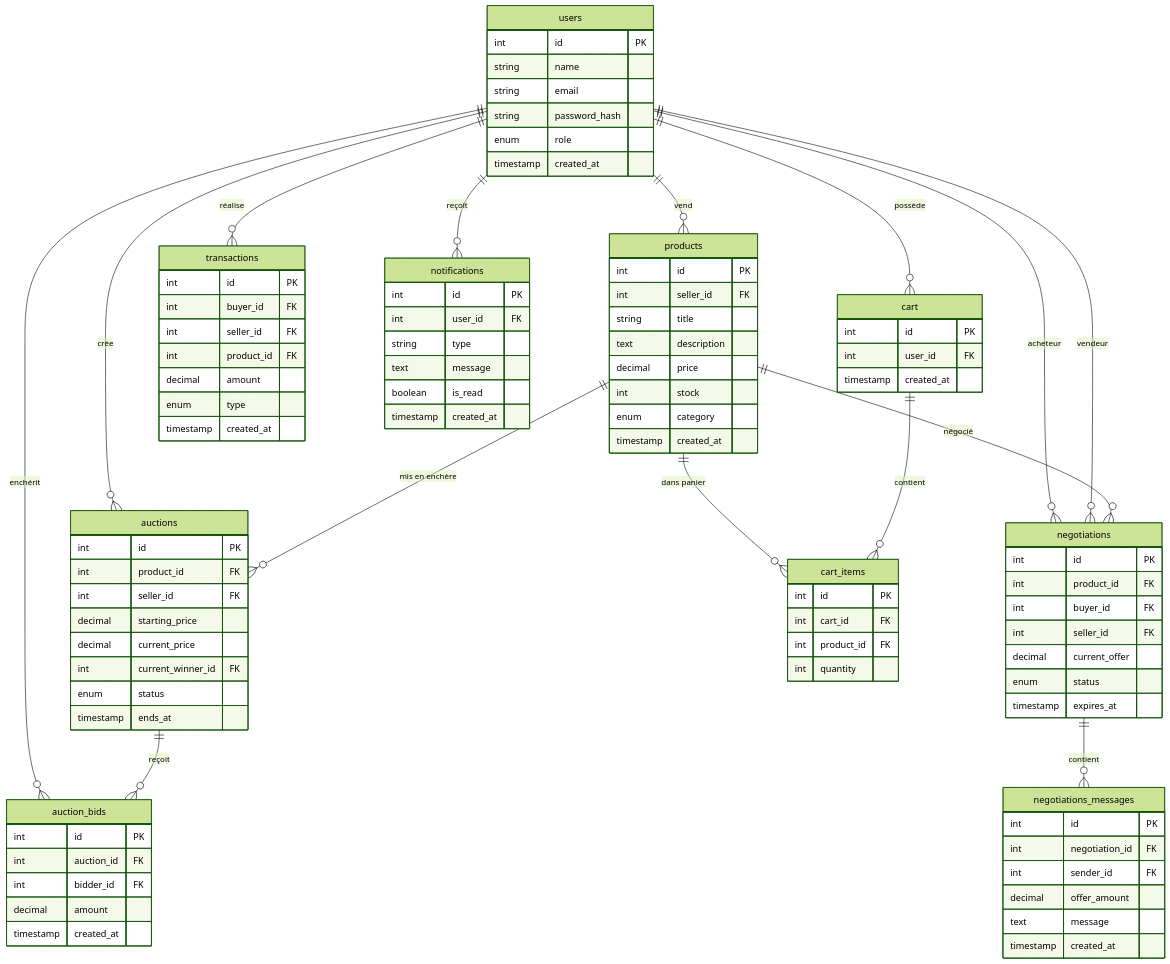
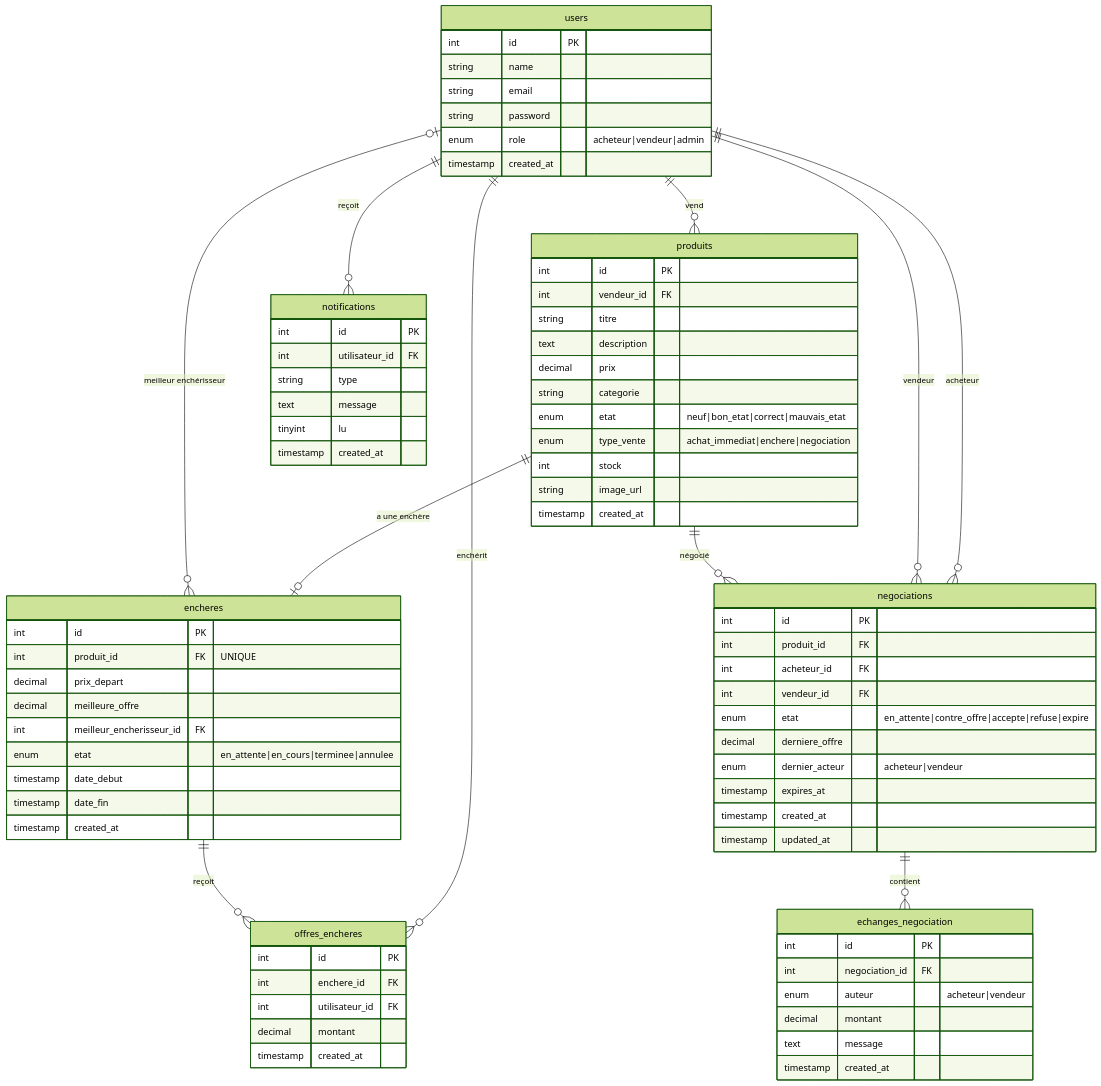
Before and after one commit to zendarc147/Mercato-Nova: the fifth of 5 diagrams in docs/architecture.md, drawn with Mermaid (forest theme). The commit also changed other lines of this file and 3 other files, not shown here.

Commit message:
chore: remplace cart par panier, ajoute dossiers achats et reponse

````diff
--- a/docs/architecture.md
+++ b/docs/architecture.md
@@ -182,95 +217,78 @@
         int id PK
         string name
         string email
-        string password_hash
-        enum role
+        string password
+        enum role "acheteur|vendeur|admin"
         timestamp created_at
     }
-    products {
+    produits {
         int id PK
-        int seller_id FK
-        string title
+        int vendeur_id FK
+        string titre
         text description
-        decimal price
+        decimal prix
+        string categorie
+        enum etat "neuf|bon_etat|correct|mauvais_etat"
+        enum type_vente "achat_immediat|enchere|negociation"
         int stock
-        enum category
+        string image_url
         timestamp created_at
     }
-    auctions {
+    encheres {
         int id PK
-        int product_id FK
-        int seller_id FK
-        decimal starting_price
-        decimal current_price
-        int current_winner_id FK
-        enum status
-        timestamp ends_at
-    }
-    auction_bids {
-        int id PK
-        int auction_id FK
-        int bidder_id FK
-        decimal amount
+        int produit_id FK "UNIQUE"
+        decimal prix_depart
+        decimal meilleure_offre
+        int meilleur_encherisseur_id FK
+        enum etat "en_attente|en_cours|terminee|annulee"
+        timestamp date_debut
+        timestamp date_fin
         timestamp created_at
     }
-    negotiations {
+    offres_encheres {
         int id PK
-        int product_id FK
-        int buyer_id FK
-        int seller_id FK
-        decimal current_offer
-        enum status
-        timestamp expires_at
-    }
-    negotiations_messages {
-        int id PK
-        int negotiation_id FK
-        int sender_id FK
-        decimal offer_amount
-        text message
+        int enchere_id FK
+        int utilisateur_id FK
+        decimal montant
         timestamp created_at
     }
-    cart {
+    negociations {
         int id PK
-        int user_id FK
+        int produit_id FK
+        int acheteur_id FK
+        int vendeur_id FK
+        enum etat "en_attente|contre_offre|accepte|refuse|expire"
+        decimal derniere_offre
+        enum dernier_acteur "acheteur|vendeur"
+        timestamp expires_at
         timestamp created_at
+        timestamp updated_at
     }
-    cart_items {
+    echanges_negociation {
         int id PK
-        int cart_id FK
-        int product_id FK
-        int quantity
-    }
-    transactions {
-        int id PK
-        int buyer_id FK
-        int seller_id FK
-        int product_id FK
-        decimal amount
-        enum type
+        int negociation_id FK
+        enum auteur "acheteur|vendeur"
+        decimal montant
+        text message
         timestamp created_at
     }
     notifications {
         int id PK
-        int user_id FK
+        int utilisateur_id FK
         string type
         text message
-        boolean is_read
+        tinyint lu
         timestamp created_at
     }
 
-    users ||--o{ products : "vend"
-    users ||--o{ auctions : "crée"
-    users ||--o{ auction_bids : "enchérit"
-    users ||--o{ negotiations : "acheteur"
-    users ||--o{ negotiations : "vendeur"
-    users ||--o{ cart : "possède"
-    users ||--o{ transactions : "réalise"
+    users ||--o{ produits : "vend"
+    users ||--o{ offres_encheres : "enchérit"
+    users ||--o{ negociations : "acheteur"
+    users ||--o{ negociations : "vendeur"
     users ||--o{ notifications : "reçoit"
-    products ||--o{ auctions : "mis en enchère"
-    products ||--o{ negotiations : "négocié"
-    products ||--o{ cart_items : "dans panier"
-    auctions ||--o{ auction_bids : "reçoit"
-    negotiations ||--o{ negotiations_messages : "contient"
-    cart ||--o{ cart_items : "contient"
+    produits ||--o| encheres : "a une enchère"
+    produits ||--o{ negociations : "négocié"
+    encheres ||--o{ offres_encheres : "reçoit"
+    encheres }o--o| users : "meilleur enchérisseur"
+    negociations ||--o{ echanges_negociation : "contient"
 ```
````
